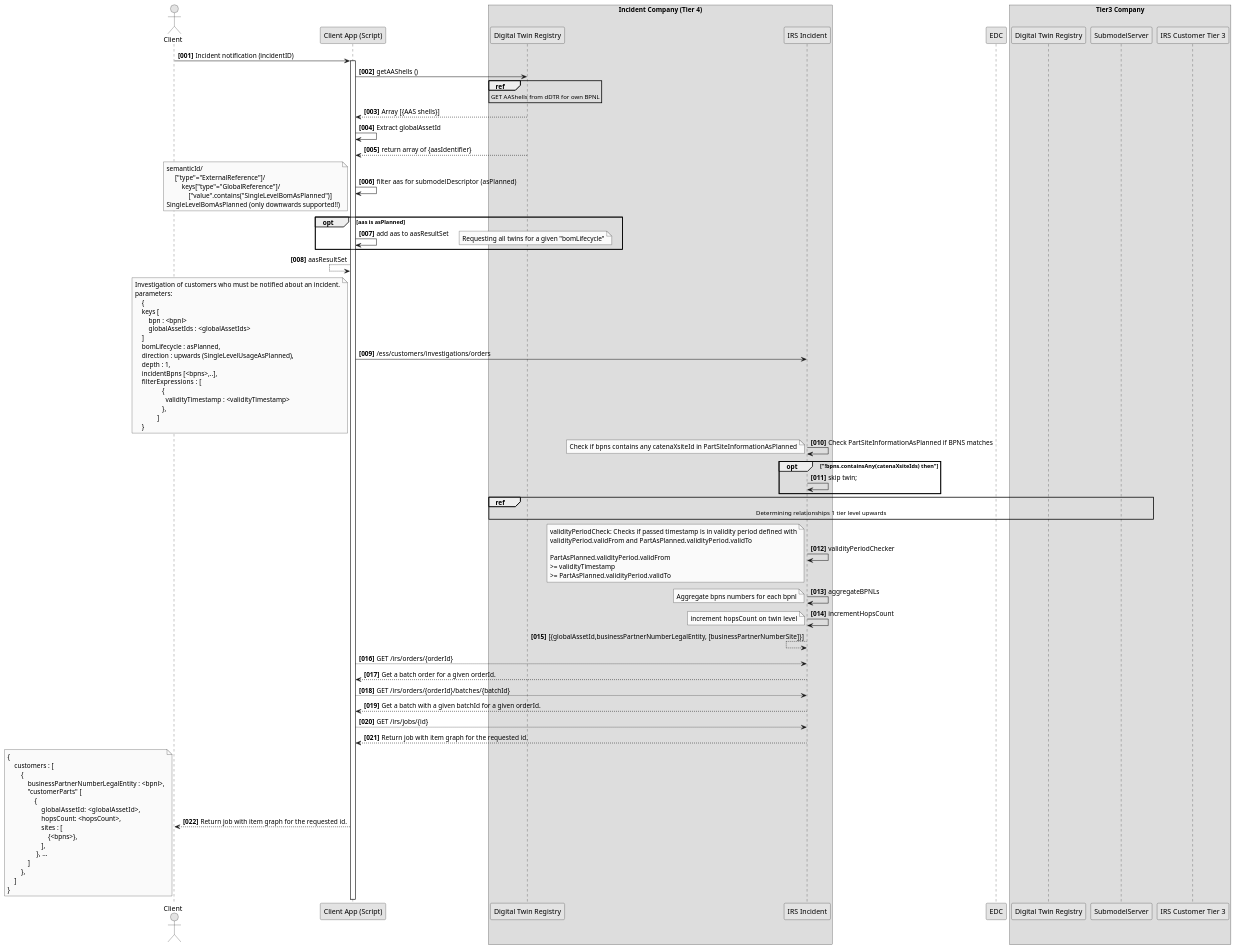
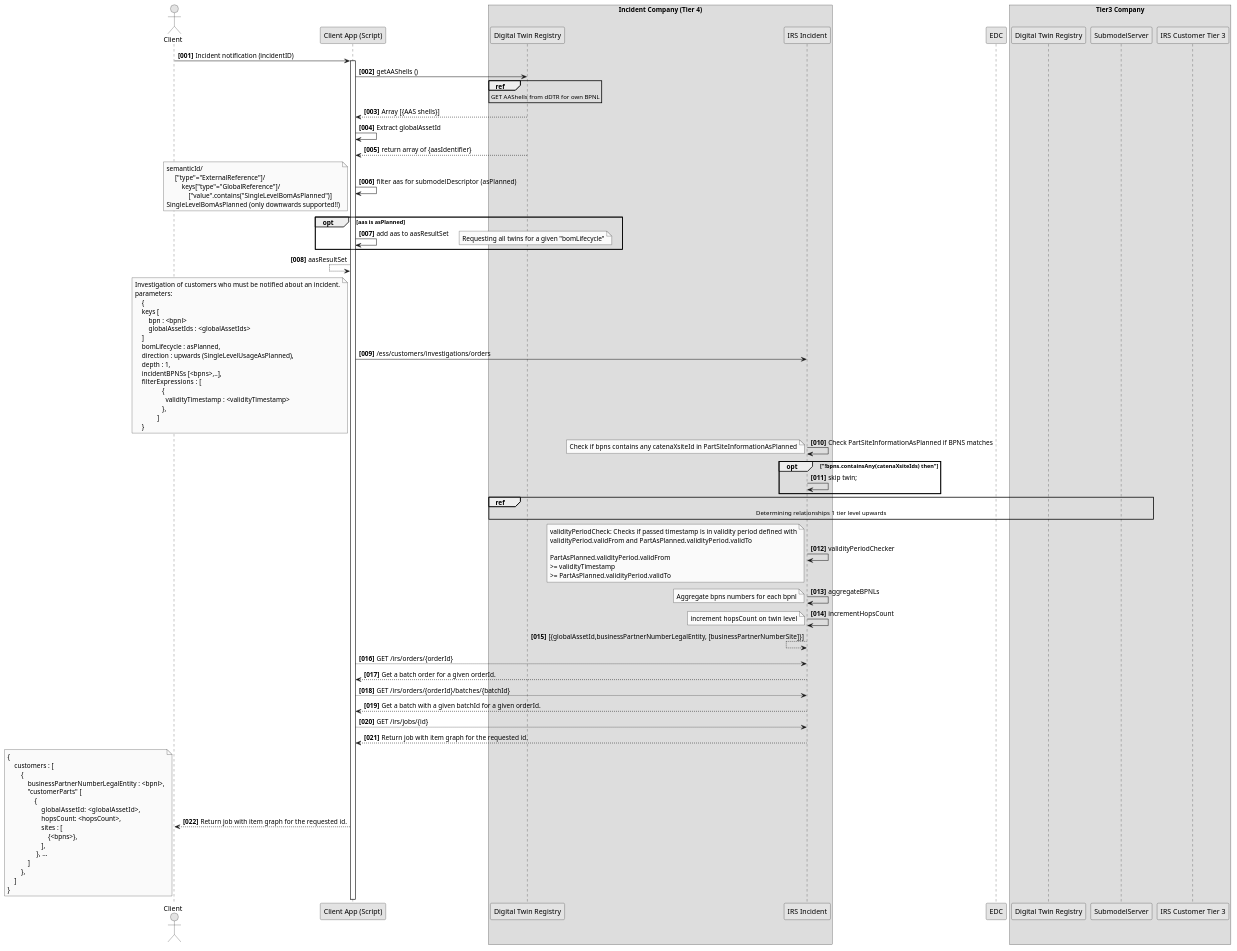
Before and after one commit to eclipse-tractusx/item-relationship-service: the diagram in docs/src/uml-diagrams/irs-recursive/ess-bottom-up/sequence/ess-bottom-up-sequence-originator-highlevel.puml, drawn with PlantUML.

```diff
--- a/docs/src/uml-diagrams/irs-recursive/ess-bottom-up/sequence/ess-bottom-up-sequence-originator-highlevel.puml
+++ b/docs/src/uml-diagrams/irs-recursive/ess-bottom-up/sequence/ess-bottom-up-sequence-originator-highlevel.puml
@@ -1,145 +1,145 @@
 @startuml
 skinparam monochrome true
 skinparam shadowing false
 skinparam defaultFontName "Architects daughter"
 
 autonumber "<b>[000]"
 
 actor "Client" as User
 
 participant "Client App (Script)" as ClientApp
 
 box Incident Company (Tier 4)
 participant "Digital Twin Registry" as dDTR_Tier_N
 participant "IRS Incident" as IRS_Tier_N
 end box
 
 participant EDC
 
 box Tier3 Company
 participant "Digital Twin Registry" as dDTR_Tier_3
 participant "SubmodelServer" as SubmodelServer_Tier_3
 participant "IRS Customer Tier 3" as IRS_Tier_3
 end box
 
 
 User -> ClientApp : Incident notification (incidentID)
 activate ClientApp
 
 ClientApp -> dDTR_Tier_N : getAAShells ()
 ref over dDTR_Tier_N
     GET AAShells from dDTR for own BPNL
 end ref
 ClientApp <-- dDTR_Tier_N : Array [{AAS shells}]
 
 ClientApp -> ClientApp : Extract globalAssetId
 
 
 ClientApp <-- dDTR_Tier_N : return array of {aasIdentifier}
 
 ClientApp -> ClientApp :  filter aas for submodelDescriptor  (asPlanned)
         note left
                semanticId/
                     ["type"="ExternalReference"]/
                         keys["type"="GlobalReference"]/
                             ["value".contains("SingleLevelBomAsPlanned")]
                SingleLevelBomAsPlanned (only downwards supported!!)
         end note
 
 opt aas is asPlanned
 
      ClientApp -> ClientApp : add aas to aasResultSet
      note right
                  Requesting all twins for a given "bomLifecycle"
      end note
 
 end opt
 
 ClientApp <-- ClientApp : aasResultSet
 
 
 ClientApp -> IRS_Tier_N : /ess/customers/investigations/orders
     note left
         Investigation of customers who must be notified about an incident.
         parameters:
             {
             keys [
                 bpn : <bpnl>
                 globalAssetIds : <globalAssetIds>
             ]
             bomLifecycle : asPlanned,
             direction : upwards (SingleLevelUsageAsPlanned),
             depth : 1,
-            incidentBpns [<bpns>,..],
+            incidentBPNSs [<bpns>,..],
             filterExpressions :  [
                         {
                           validityTimestamp : <validityTimestamp>
                         },
                      ]
             }
     end note
 
     IRS_Tier_N -> IRS_Tier_N : Check PartSiteInformationAsPlanned if BPNS matches
     note left
         Check if bpns contains any catenaXsiteId  in PartSiteInformationAsPlanned
     end note
     opt "!bpns.containsAny(catenaXsiteIds) then"
         IRS_Tier_N -> IRS_Tier_N : skip twin;
     end
 
     ref over dDTR_Tier_N, dDTR_Tier_3, SubmodelServer_Tier_3
         Determining relationships 1 tier level upwards
     end ref
 
     IRS_Tier_N -> IRS_Tier_N : validityPeriodChecker
     note left
         validityPeriodCheck: Checks if passed timestamp is in validity period defined with
         validityPeriod.validFrom and  PartAsPlanned.validityPeriod.validTo
 
         PartAsPlanned.validityPeriod.validFrom
         >= validityTimestamp
         >= PartAsPlanned.validityPeriod.validTo
     end note
 
     IRS_Tier_N -> IRS_Tier_N : aggregateBPNLs
     note left
         Aggregate bpns numbers for each bpnl
     end note
     IRS_Tier_N -> IRS_Tier_N : incrementHopsCount
         note left
             increment hopsCount on twin level
         end note
 
 
     IRS_Tier_N <-- IRS_Tier_N : [{globalAssetId,businessPartnerNumberLegalEntity, [businessPartnerNumberSite]}]
 
 
 
 
     ClientApp --> IRS_Tier_N : GET /irs/orders/{orderId}
     ClientApp <-- IRS_Tier_N : Get a batch order for a given orderId.
     ClientApp --> IRS_Tier_N : GET /irs/orders/{orderId}/batches/{batchId}
     ClientApp <-- IRS_Tier_N : Get a batch with a given batchId for a given orderId.
     ClientApp --> IRS_Tier_N : GET /irs/jobs/{id}
     ClientApp <-- IRS_Tier_N : Return job with item graph for the requested id.
     User <-- ClientApp : Return job with item graph for the requested id.
       note left
             {
                 customers : [
                     {
                         businessPartnerNumberLegalEntity : <bpnl>,
                         "customerParts" [
                             {
                                 globalAssetId:   <globalAssetId>,
                                 hopsCount: <hopsCount>,
                                 sites : [
                                     {<bpns>},
                                 ],
                              }, ...
                         ]
                     },
                 ]
             }
         end note
 
 @enduml
```
